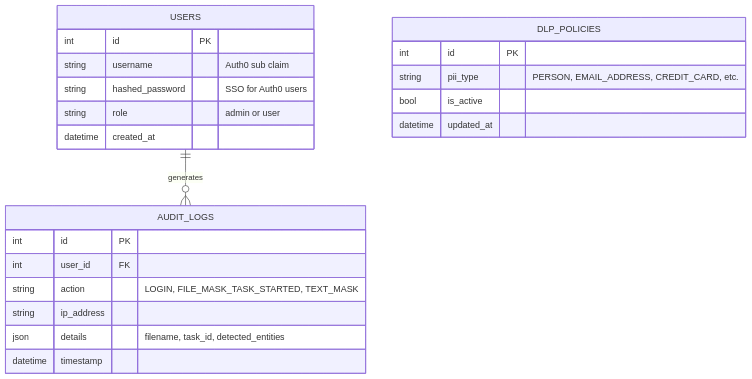
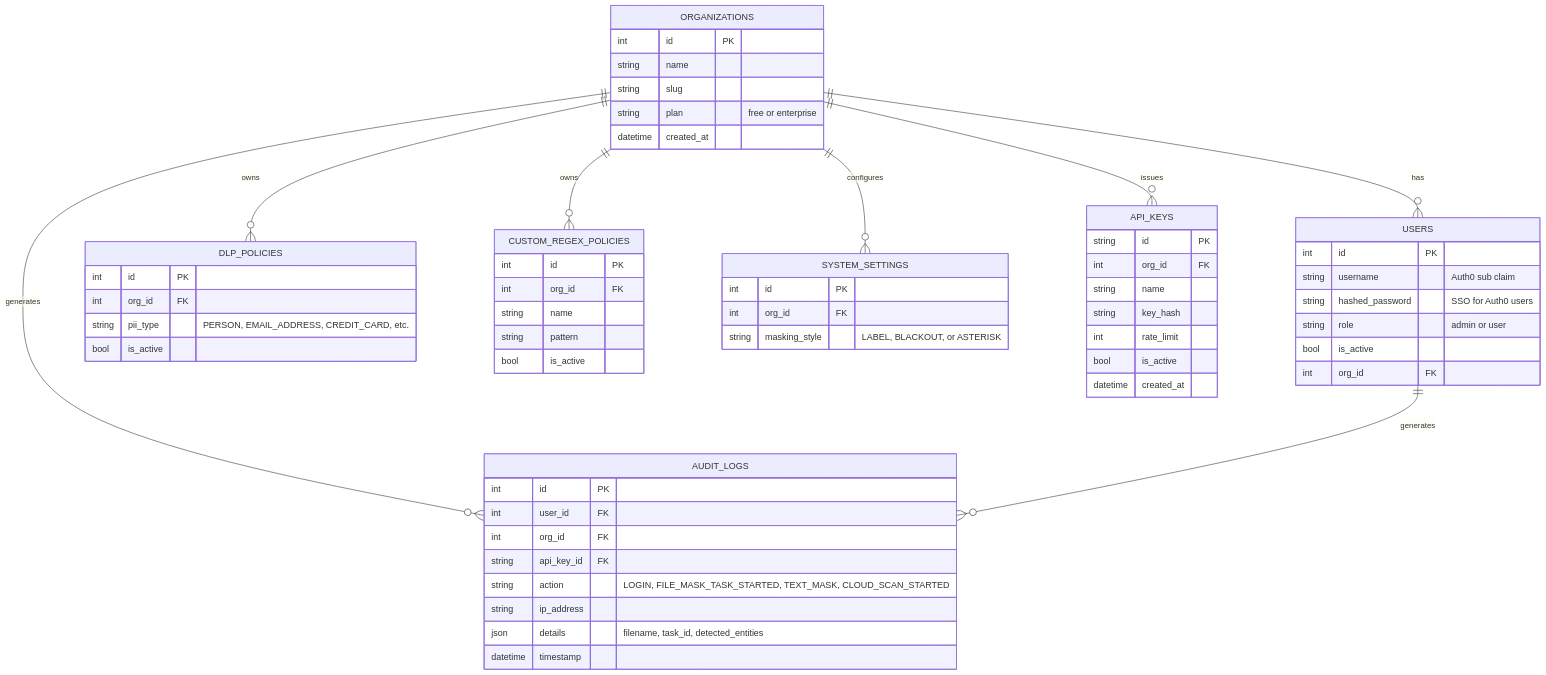
Before and after one commit to BugHunterX2101/pii-masking-app: the fourth of 4 diagrams in README.md, drawn with Mermaid. The commit also changed other lines of this file, not shown here.

````diff
--- a/README.md
+++ b/README.md
@@ -244,28 +275,69 @@
 ```mermaid
 erDiagram
+ORGANIZATIONS {
+    int id PK
+    string name
+    string slug
+    string plan "free or enterprise"
+    datetime created_at
+}
+
 USERS {
-int id PK
-string username "Auth0 sub claim"
-string hashed_password "SSO for Auth0 users"
-string role "admin or user"
-datetime created_at
+    int id PK
+    string username "Auth0 sub claim"
+    string hashed_password "SSO for Auth0 users"
+    string role "admin or user"
+    bool is_active
+    int org_id FK
 }
 
 AUDIT_LOGS {
-int id PK
-int user_id FK
-string action "LOGIN, FILE_MASK_TASK_STARTED, TEXT_MASK"
-string ip_address
-json details "filename, task_id, detected_entities"
-datetime timestamp
+    int id PK
+    int user_id FK
+    int org_id FK
+    string api_key_id FK
+    string action "LOGIN, FILE_MASK_TASK_STARTED, TEXT_MASK, CLOUD_SCAN_STARTED"
+    string ip_address
+    json details "filename, task_id, detected_entities"
+    datetime timestamp
 }
 
 DLP_POLICIES {
-int id PK
-string pii_type "PERSON, EMAIL_ADDRESS, CREDIT_CARD, etc."
-bool is_active
-datetime updated_at
+    int id PK
+    int org_id FK
+    string pii_type "PERSON, EMAIL_ADDRESS, CREDIT_CARD, etc."
+    bool is_active
 }
 
+CUSTOM_REGEX_POLICIES {
+    int id PK
+    int org_id FK
+    string name
+    string pattern
+    bool is_active
+}
+
+SYSTEM_SETTINGS {
+    int id PK
+    int org_id FK
+    string masking_style "LABEL, BLACKOUT, or ASTERISK"
+}
+
+API_KEYS {
+    string id PK
+    int org_id FK
+    string name
+    string key_hash
+    int rate_limit
+    bool is_active
+    datetime created_at
+}
+
+ORGANIZATIONS ||--o{ USERS : "has"
+ORGANIZATIONS ||--o{ AUDIT_LOGS : "generates"
+ORGANIZATIONS ||--o{ DLP_POLICIES : "owns"
+ORGANIZATIONS ||--o{ CUSTOM_REGEX_POLICIES : "owns"
+ORGANIZATIONS ||--o{ SYSTEM_SETTINGS : "configures"
+ORGANIZATIONS ||--o{ API_KEYS : "issues"
 USERS ||--o{ AUDIT_LOGS : "generates"
 ```
````
